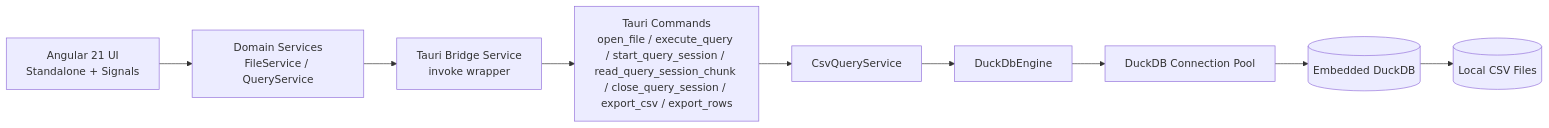
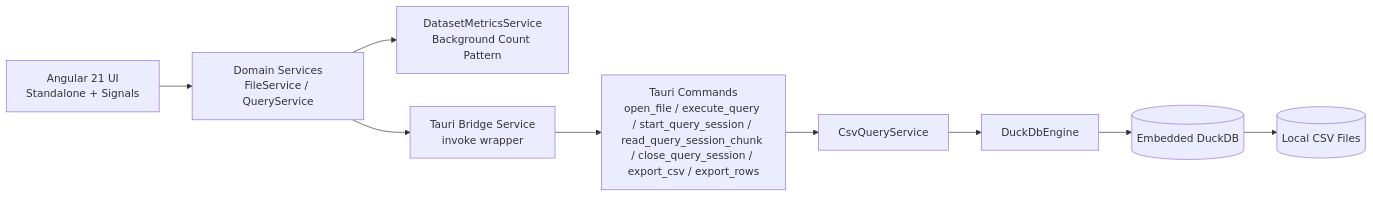
One commit to karoc123/tapir-query changed the diagram in docs/architecture.md. Above: the diagram before and after it, drawn with Mermaid. The commit also changed other lines of this file and 1 other file, not shown here.

Commit message:
docs: align architecture and ops notes with runtime mitigations

````diff
--- a/docs/architecture.md
+++ b/docs/architecture.md
@@ -16,11 +16,11 @@
 ```mermaid
 flowchart LR
   UI[Angular 21 UI<br/>Standalone + Signals] --> Domain[Domain Services<br/>FileService / QueryService]
+  Domain --> Metrics[DatasetMetricsService<br/>Background Count Pattern]
   Domain --> Bridge[Tauri Bridge Service<br/>invoke wrapper]
   Bridge --> Cmd[Tauri Commands<br/>open_file / execute_query / start_query_session / read_query_session_chunk / close_query_session / export_csv / export_rows]
   Cmd --> Svc[CsvQueryService]
   Svc --> Engine[DuckDbEngine]
-  Engine --> Pool[DuckDB Connection Pool]
-  Pool --> DuckDB[(Embedded DuckDB)]
+  Engine --> DuckDB[(Embedded DuckDB)]
   DuckDB --> CSV[(Local CSV Files)]
 ```
````
